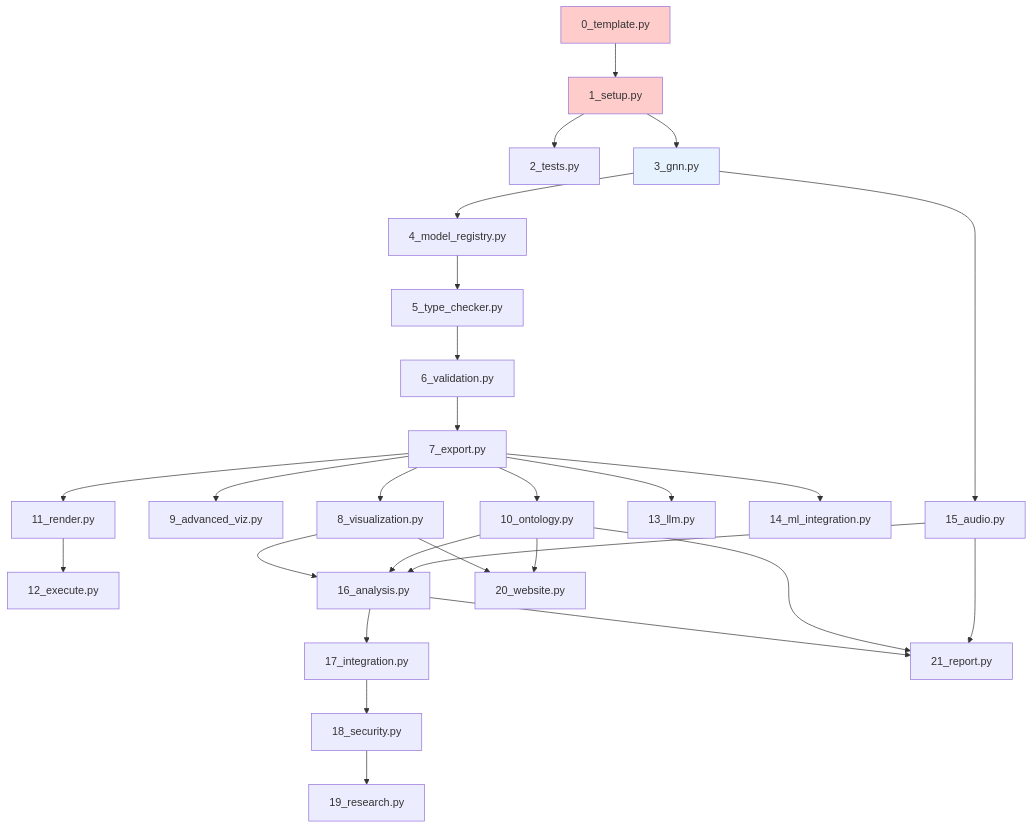
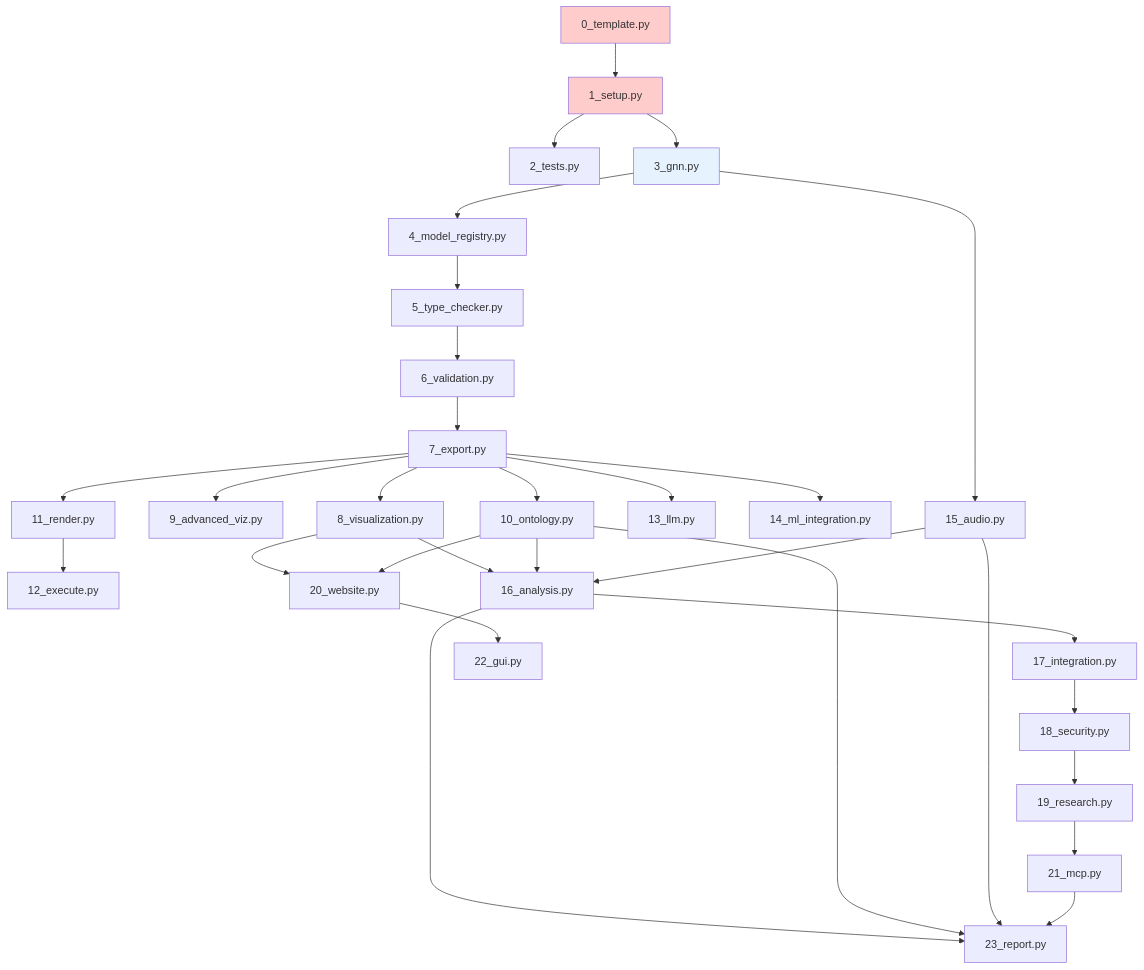
The diagram in doc/pipeline/PIPELINE_ARCHITECTURE.md (ActiveInferenceInstitute/GeneralizedNotationNotation), drawn with Mermaid before and after one commit. The commit also changed other lines of this file and 50 other files, not shown here.

````diff
--- a/doc/pipeline/PIPELINE_ARCHITECTURE.md
+++ b/doc/pipeline/PIPELINE_ARCHITECTURE.md
@@ -9,33 +9,36 @@
 ```mermaid
 graph TD
     A[0_template.py] --> B[1_setup.py]
     B --> C[2_tests.py]
     B --> D[3_gnn.py]
     D --> E[4_model_registry.py]
     E --> F[5_type_checker.py]
     F --> G[6_validation.py]
     G --> H[7_export.py]
     H --> I[8_visualization.py]
     H --> J[9_advanced_viz.py]
     H --> K[10_ontology.py]
     H --> L[11_render.py]
     L --> M[12_execute.py]
     H --> N[13_llm.py]
     H --> O[14_ml_integration.py]
     D --> P[15_audio.py]
     I --> Q[16_analysis.py]
     K --> Q
     P --> Q
     Q --> R[17_integration.py]
     R --> S[18_security.py]
     S --> T[19_research.py]
     I --> U[20_website.py]
     K --> U
-    Q --> V[21_report.py]
-    K --> V
-    P --> V
+    T --> V[21_mcp.py]
+    U --> W[22_gui.py]
+    Q --> X[23_report.py]
+    K --> X
+    P --> X
+    V --> X
     
     style A fill:#ffcccc
     style B fill:#ffcccc
     style D fill:#e6f3ff
 ```
````
